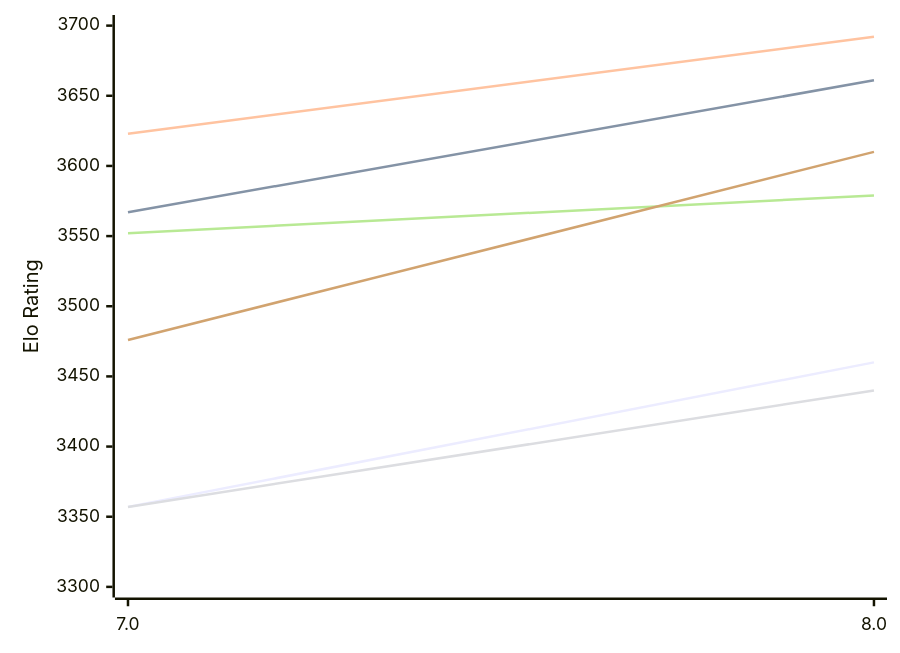
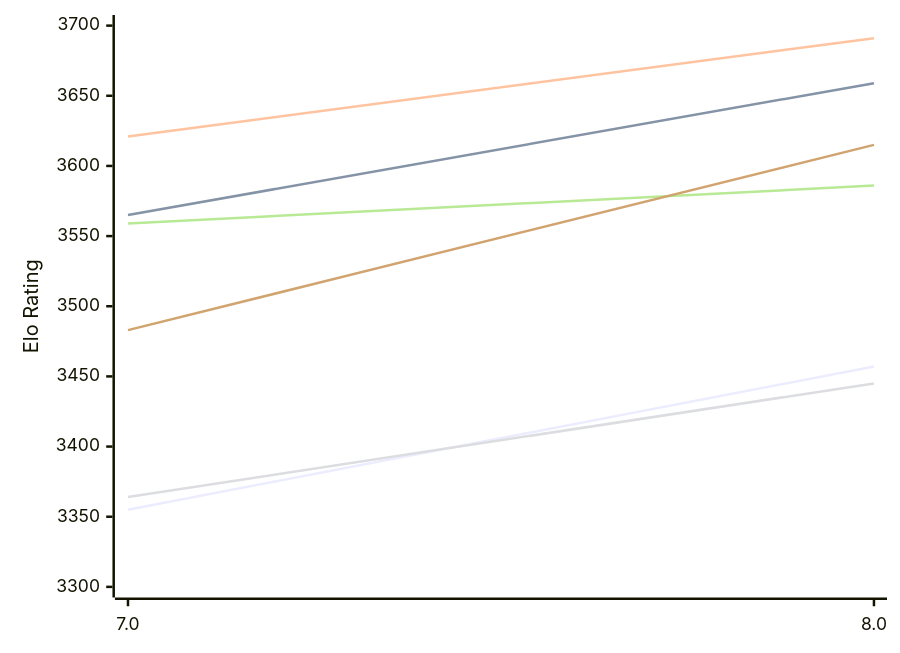
Before and after one commit to computer-chess-index/cci: the first of 2 diagrams in engines/Integral.md, drawn with Mermaid. The commit also changed other lines of this file, not shown here.

Commit message:
Update CCI Ratings (ELO VLTC) - 2026-11-23

````diff
--- a/engines/Integral.md
+++ b/engines/Integral.md
@@ -50,12 +50,12 @@
 ```mermaid
 %%{init: {"theme":"base","themeVariables":{"seriesColors:['#a3a3a3','#222221','#faa371']}}}%%
 xychart-beta
   x-axis ["7.0", "8.0"]
   y-axis "Elo Rating" 3300 --> 3700
-  line "E1: STC (8.0+0.08s)" [3357, 3460]
-  line "E1: LTC (60.0+0.60s)" [3567, 3661]
-  line "E1: VLTC (2m24s+1.12s)" [3623, 3692]
-  line "P1: STC (8.0+0.08s)" [3357, 3440]
-  line "P1: LTC (60.0+0.60s)" [3552, 3579]
-  line "P1: VLTC (2m24s+1.12s)" [3476, 3610]
+  line "E1: STC (8.0+0.08s)" [3355, 3457]
+  line "E1: LTC (60.0+0.60s)" [3565, 3659]
+  line "E1: VLTC (2m24s+1.12s)" [3621, 3691]
+  line "P1: STC (8.0+0.08s)" [3364, 3445]
+  line "P1: LTC (60.0+0.60s)" [3559, 3586]
+  line "P1: VLTC (2m24s+1.12s)" [3483, 3615]
 ```
````
